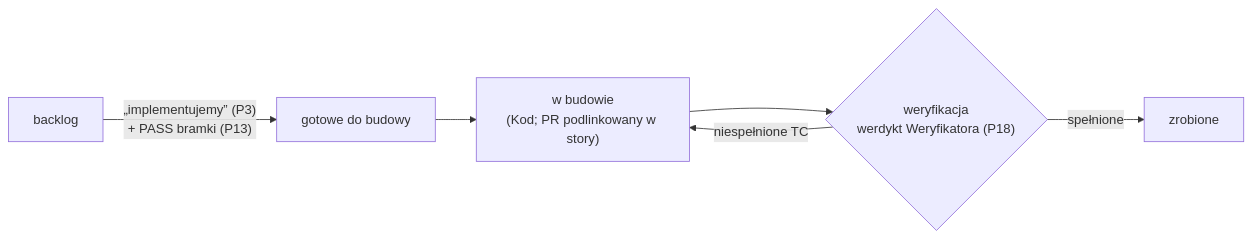
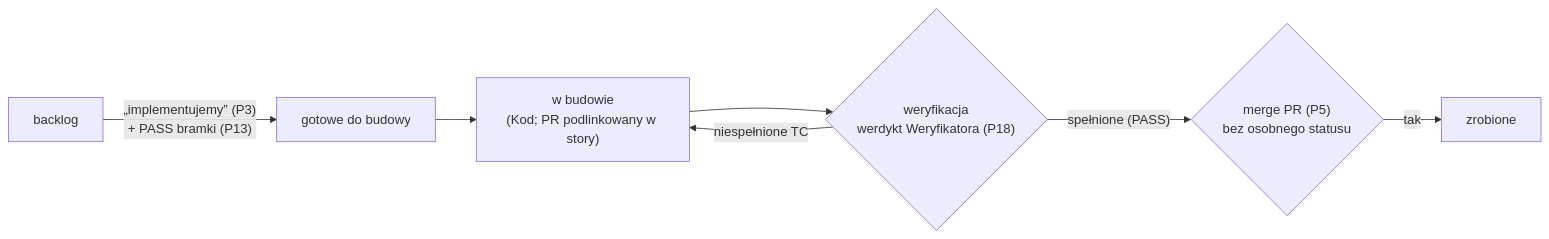
Before and after one commit to AdamskiMarek/open-mercato: the second of 2 diagrams in .ai/process/workflow.md, drawn with Mermaid. The commit also changed other lines of this file and 8 other files, not shown here.

Commit message:
docs(spec): speka realizacji D192/D193, zapis 403 FORBIDDEN, wnioski planów z #33 (D175, D176, D179, D181, D184, D192, D193), nit D191; Z13 i „zrobione” po merge + PASS (P22)

````diff
--- a/.ai/process/workflow.md
+++ b/.ai/process/workflow.md
@@ -47,8 +49,9 @@
 ```mermaid
 flowchart LR
     b["backlog"] -- "„implementujemy” (P3)<br/>+ PASS bramki (P13)" --> r["gotowe do budowy"]
     r --> w["w budowie<br/>(Kod; PR podlinkowany w story)"]
     w --> v{"weryfikacja<br/>werdykt Weryfikatora (P18)"}
     v -- "niespełnione TC" --> w
-    v -- "spełnione" --> z["zrobione"]
+    v -- "spełnione (PASS)" --> mg{"merge PR (P5)<br/>bez osobnego statusu"}
+    mg -- "tak" --> z["zrobione"]
 ```
````
